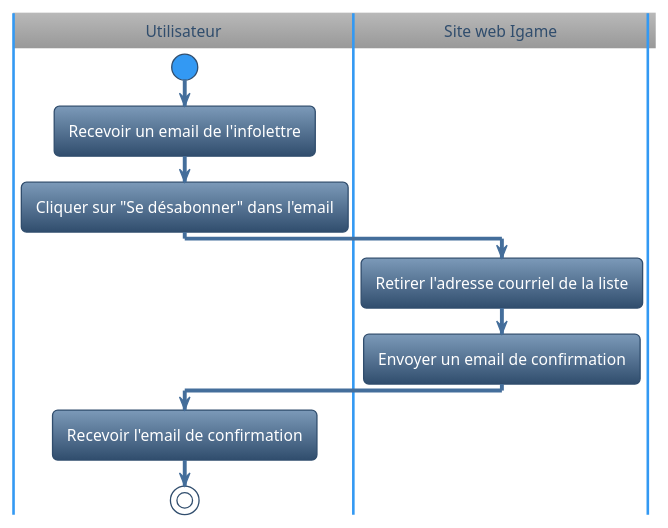
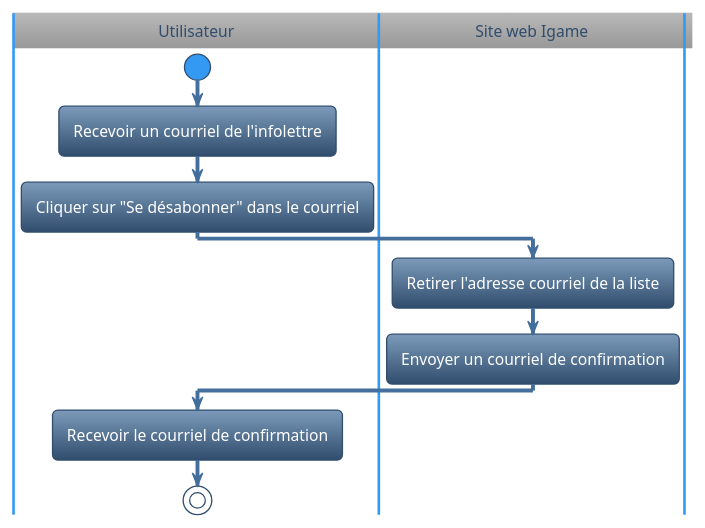
One commit to Jacob-Cossette/GTI510 changed the second of 2 diagrams in CU7_infolettre.puml. Above: the diagram before and after it, drawn with PlantUML. The commit also changed other lines of this file and 22 other files, not shown here.

```diff
--- a/CU7_infolettre.puml
+++ b/CU7_infolettre.puml
@@ -26,13 +26,13 @@
 @startuml
 !theme spacelab
 |Utilisateur|
 start
-:Recevoir un email de l'infolettre;
-:Cliquer sur "Se désabonner" dans l'email;
+:Recevoir un courriel de l'infolettre;
+:Cliquer sur "Se désabonner" dans le courriel;
 |Site web Igame|
 :Retirer l'adresse courriel de la liste;
-:Envoyer un email de confirmation;
+:Envoyer un courriel de confirmation;
 |Utilisateur|
-:Recevoir l'email de confirmation;
+:Recevoir le courriel de confirmation;
 stop
 @enduml
```
